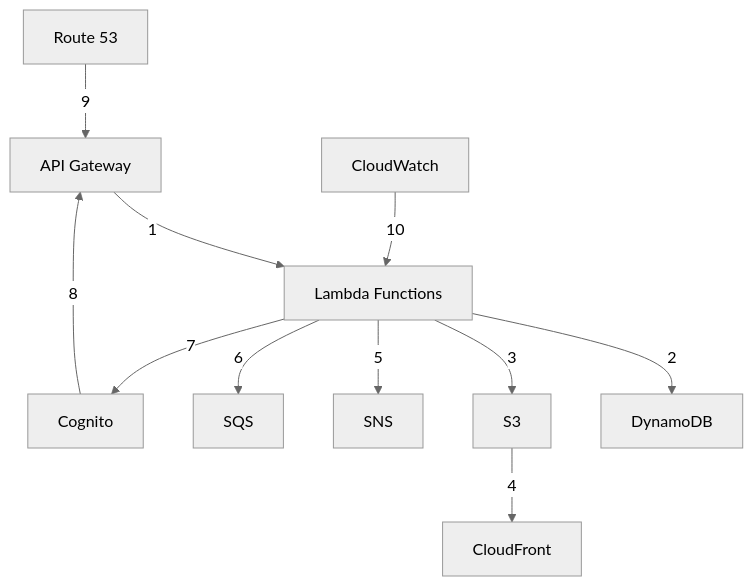
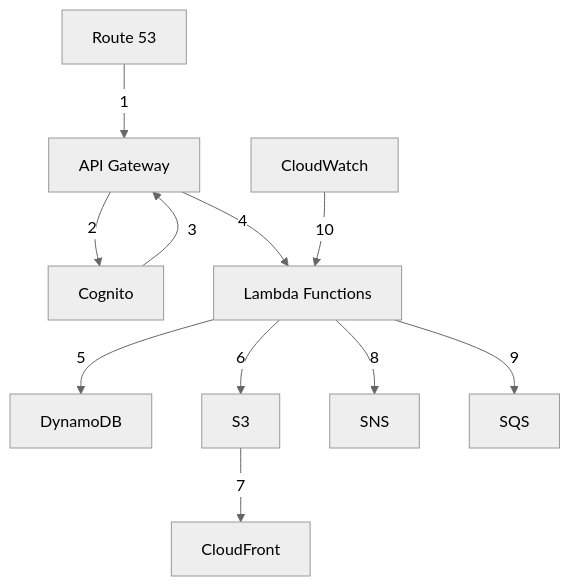
One commit to ankitnwemp/demo changed the diagram in README.md. Above: the diagram before and after it, drawn with Mermaid (neutral theme).

Commit message:
Update README.md
y

````diff
--- a/README.md
+++ b/README.md
@@ -9,13 +9,13 @@
 ```mermaid
 graph TD;
-    A[API Gateway] -->|1| B[Lambda Functions];
-    B -->|2| C[DynamoDB];
-    B -->|3| D[S3];
-    D -->|4| E[CloudFront];
-    B -->|5| F[SNS];
-    B -->|6| G[SQS];
-    B -->|7| H[Cognito];
-    H -->|8| A;
-    I[Route 53] -->|9| A;
+    I[Route 53] -->|1| A[API Gateway];
+    A -->|2| H[Cognito];
+    H -->|3| A;
+    A -->|4| B[Lambda Functions];
+    B -->|5| C[DynamoDB];
+    B -->|6| D[S3];
+    D -->|7| E[CloudFront];
+    B -->|8| F[SNS];
+    B -->|9| G[SQS];
     J[CloudWatch] -->|10| B;
 ```
````
